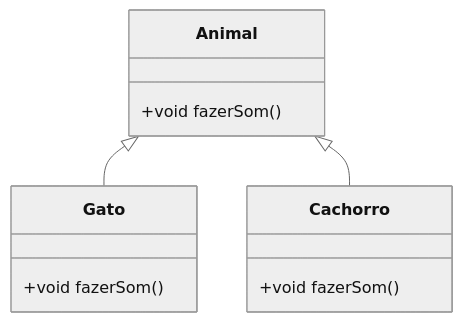
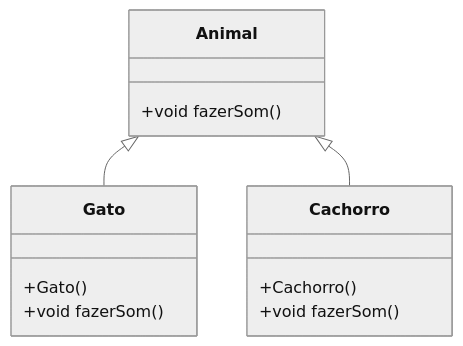
The diagram in classe.mmd (Gustavo-Enrick/Aula10), drawn with Mermaid (neutral theme) before and after one commit.

```diff
--- a/classe.mmd
+++ b/classe.mmd
@@ -1,15 +1,17 @@
 classDiagram
     class Animal {
         +void fazerSom()
     }
 
     class Gato {
+        +Gato()
         +void fazerSom()
     }
 
     class Cachorro {
+        +Cachorro()
         +void fazerSom()
     }
 
     Animal <|-- Gato
     Animal <|-- Cachorro
```
